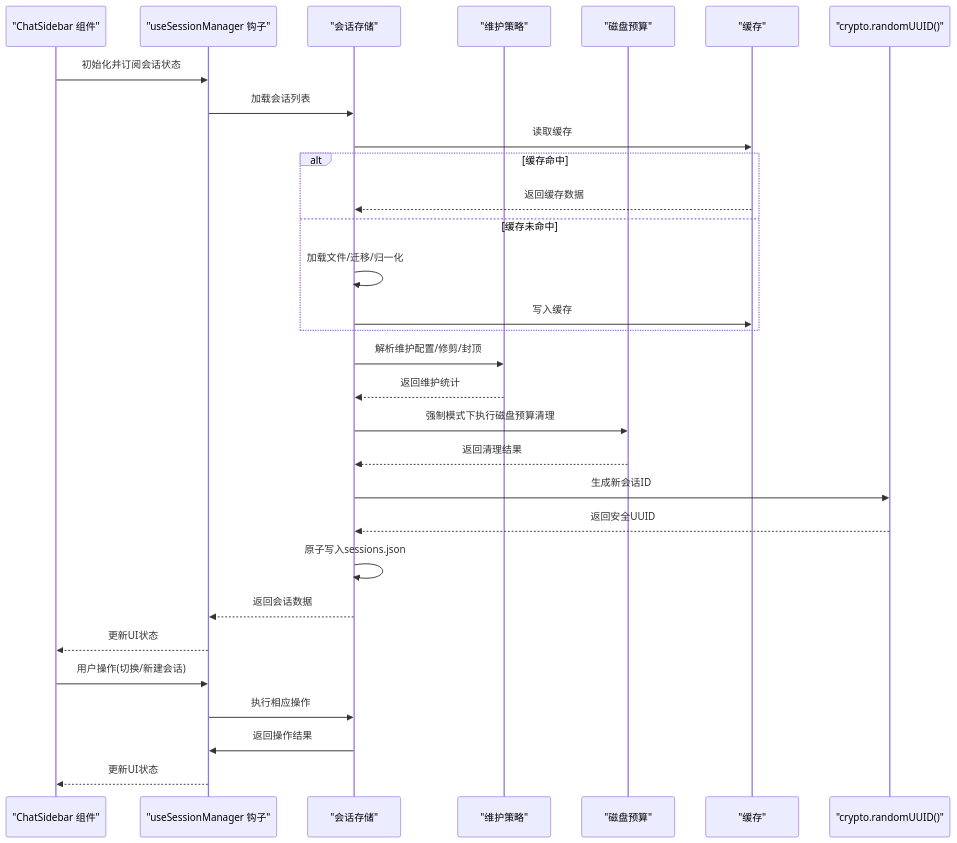
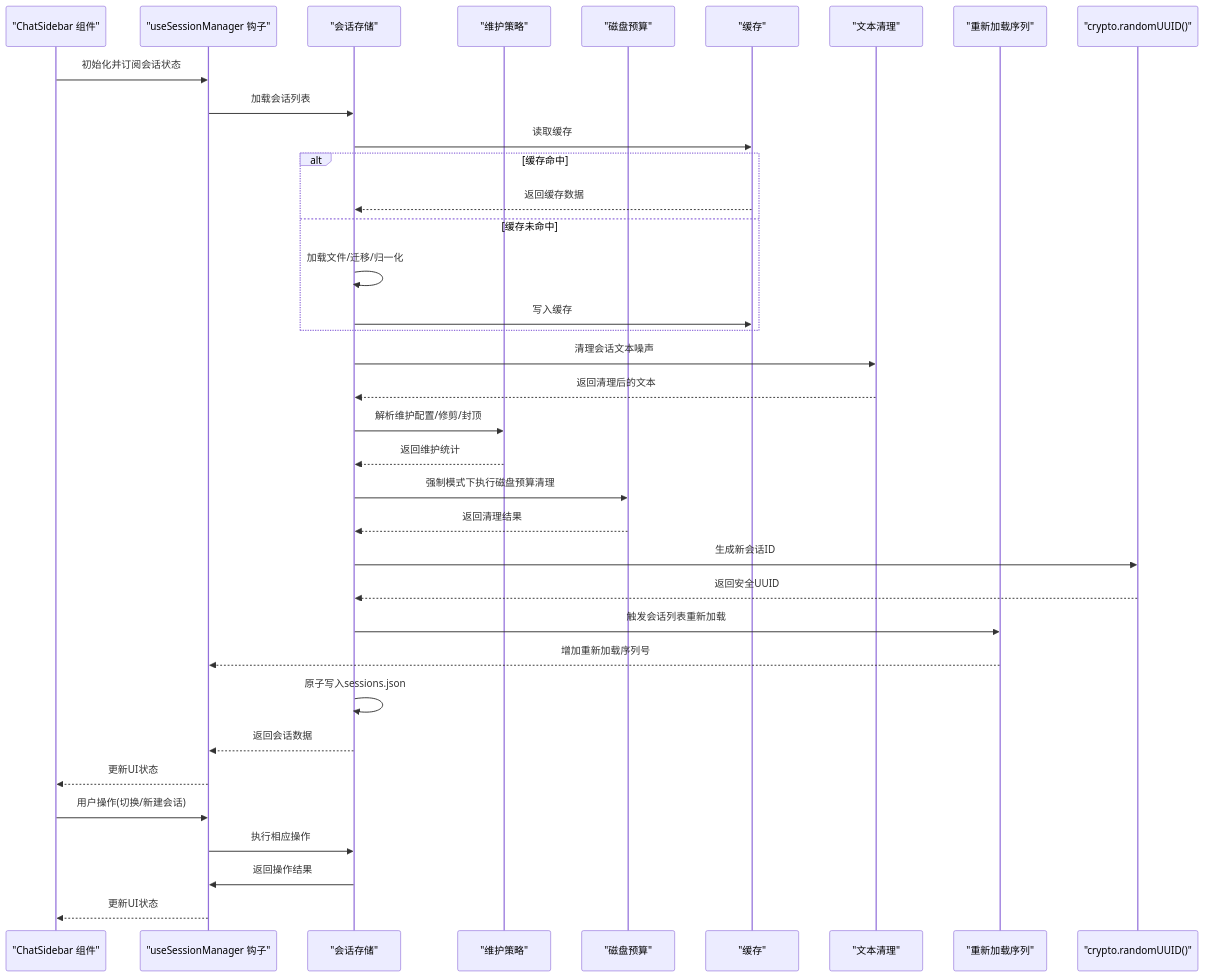
One commit to verse-ai-org/openclaw changed the second of 15 diagrams in .qoder/repowiki/zh/content/核心概念/会话管理.md. Above: the diagram before and after it, drawn with Mermaid. The commit also changed other lines of this file and 55 other files, not shown here.

````diff
--- a/.qoder/repowiki/zh/content/核心概念/会话管理.md
+++ b/.qoder/repowiki/zh/content/核心概念/会话管理.md
@@ -212,32 +247,38 @@
 ```mermaid
 sequenceDiagram
 participant UI as "ChatSidebar 组件"
 participant Hook as "useSessionManager 钩子"
 participant Store as "会话存储"
 participant Maint as "维护策略"
 participant Disk as "磁盘预算"
 participant Cache as "缓存"
+participant TextClean as "文本清理"
+participant ReloadSeq as "重新加载序列"
 participant Crypto as "crypto.randomUUID()"
 UI->>Hook : 初始化并订阅会话状态
 Hook->>Store : 加载会话列表
 Store->>Cache : 读取缓存
 alt 缓存命中
 Cache-->>Store : 返回缓存数据
 else 缓存未命中
 Store->>Store : 加载文件/迁移/归一化
 Store->>Cache : 写入缓存
 end
+Store->>TextClean : 清理会话文本噪声
+TextClean-->>Store : 返回清理后的文本
 Store->>Maint : 解析维护配置/修剪/封顶
 Maint-->>Store : 返回维护统计
 Store->>Disk : 强制模式下执行磁盘预算清理
 Disk-->>Store : 返回清理结果
 Store->>Crypto : 生成新会话ID
 Crypto-->>Store : 返回安全UUID
+Store->>ReloadSeq : 触发会话列表重新加载
+ReloadSeq-->>Hook : 增加重新加载序列号
 Store->>Store : 原子写入sessions.json
 Store-->>Hook : 返回会话数据
 Hook-->>UI : 更新UI状态
 UI->>Hook : 用户操作(切换/新建会话)
 Hook->>Store : 执行相应操作
 Store->>Hook : 返回操作结果
 Hook-->>UI : 更新UI状态
 ```
````
